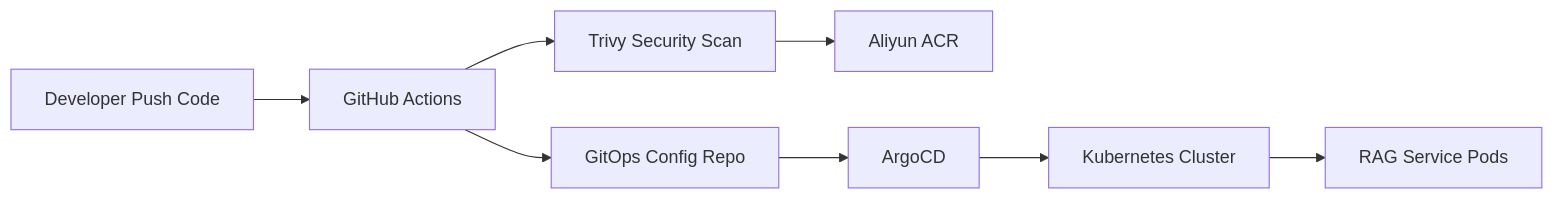
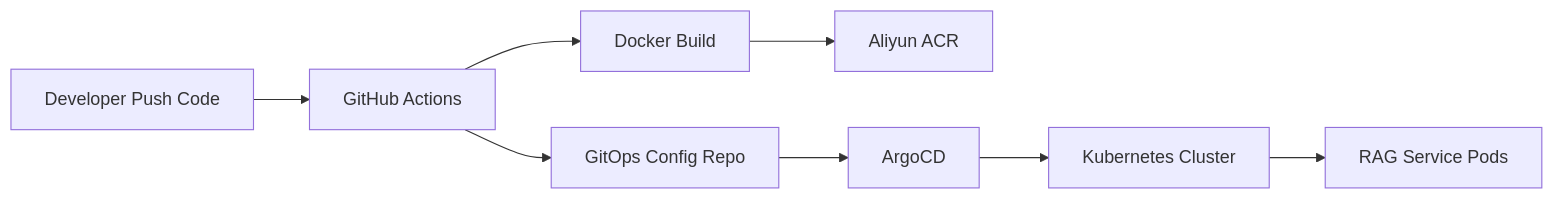
Before and after one commit to AmazingYe-oss/edu-rag-bot: the second of 2 diagrams in README_EN.md, drawn with Mermaid. The commit also changed other lines of this file and 1 other file, not shown here.

````diff
--- a/README_EN.md
+++ b/README_EN.md
@@ -277,19 +330,19 @@
 ```mermaid
 flowchart LR
     Dev["Developer Push Code"]
     CI["GitHub Actions"]
-    Scan["Trivy Security Scan"]
+    Build["Docker Build"]
     ACR["Aliyun ACR"]
     GitOps["GitOps Config Repo"]
     ArgoCD["ArgoCD"]
     K8s["Kubernetes Cluster"]
     Pod["RAG Service Pods"]
 
     Dev --> CI
-    CI --> Scan
-    Scan --> ACR
+    CI --> Build
+    Build --> ACR
     CI --> GitOps
     GitOps --> ArgoCD
     ArgoCD --> K8s
     K8s --> Pod
 ```
````
